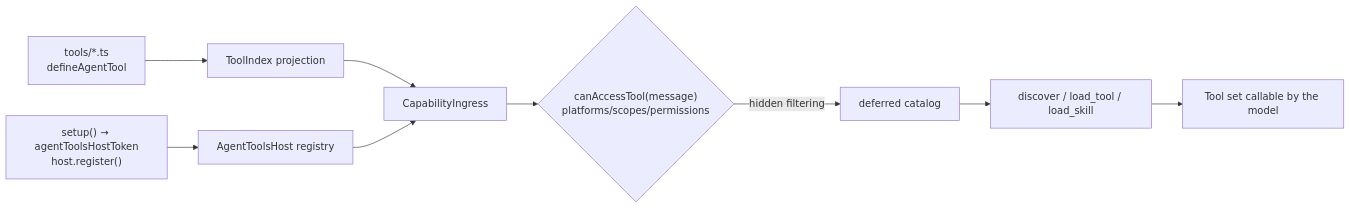
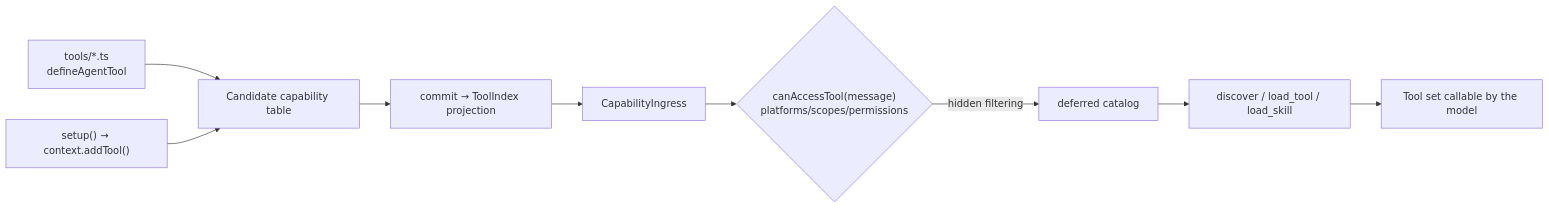
Before and after one commit to zhinjs/zhin: the diagram in docs/en/authoring/agent-tools.md, drawn with Mermaid. The commit also changed other lines of this file and 85 other files, not shown here.

Commit message:
refactor(agent): establish canonical turn tool foundation

````diff
--- a/docs/en/authoring/agent-tools.md
+++ b/docs/en/authoring/agent-tools.md
@@ -10,11 +10,11 @@
 ```mermaid
 flowchart LR
-    A["tools/*.ts<br/>defineAgentTool"] --> C[ToolIndex projection]
-    B["setup() → agentToolsHostToken<br/>host.register()"] --> D[AgentToolsHost registry]
-    C --> E[CapabilityIngress]
-    D --> E
+    A["tools/*.ts<br/>defineAgentTool"] --> C[Candidate capability table]
+    B["setup() → context.addTool()"] --> C
+    C --> D["commit → ToolIndex projection"]
+    D --> E[CapabilityIngress]
     E --> F{"canAccessTool(message)<br/>platforms/scopes/permissions"}
     F -->|hidden filtering| G[deferred catalog]
     G --> H["discover / load_tool / load_skill"]
     H --> I[Tool set callable by the model]
 ```
````
